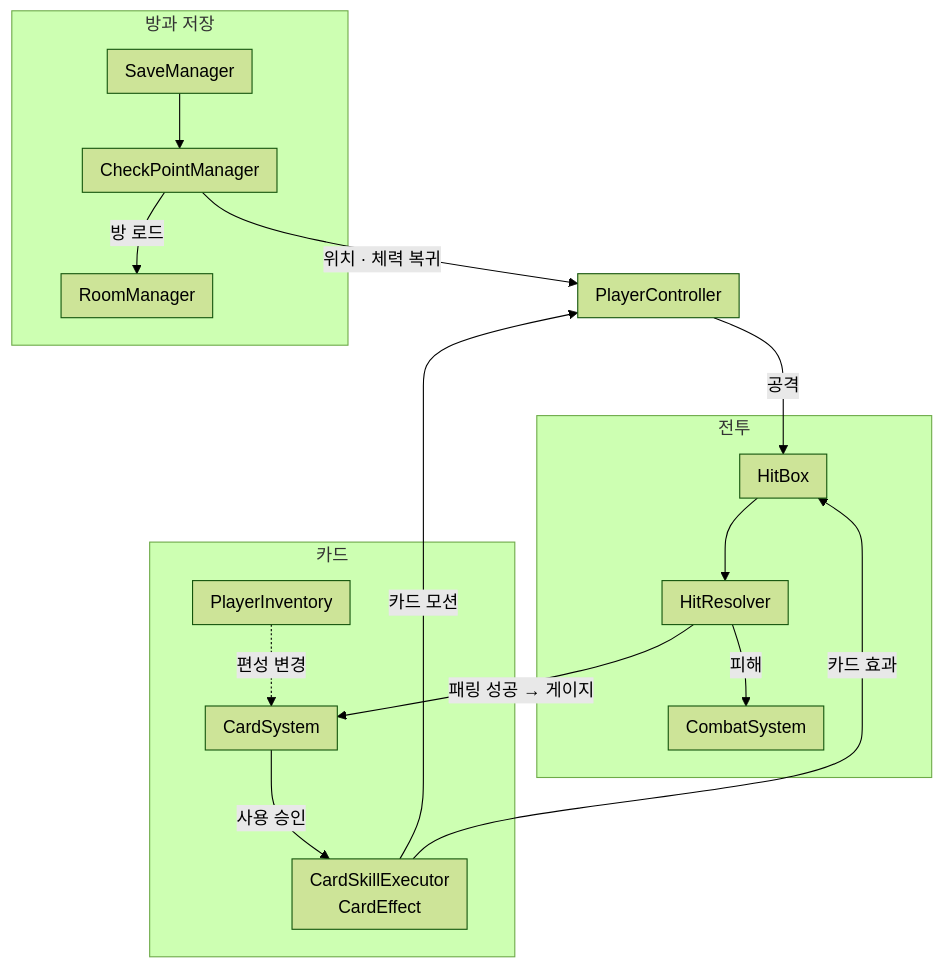
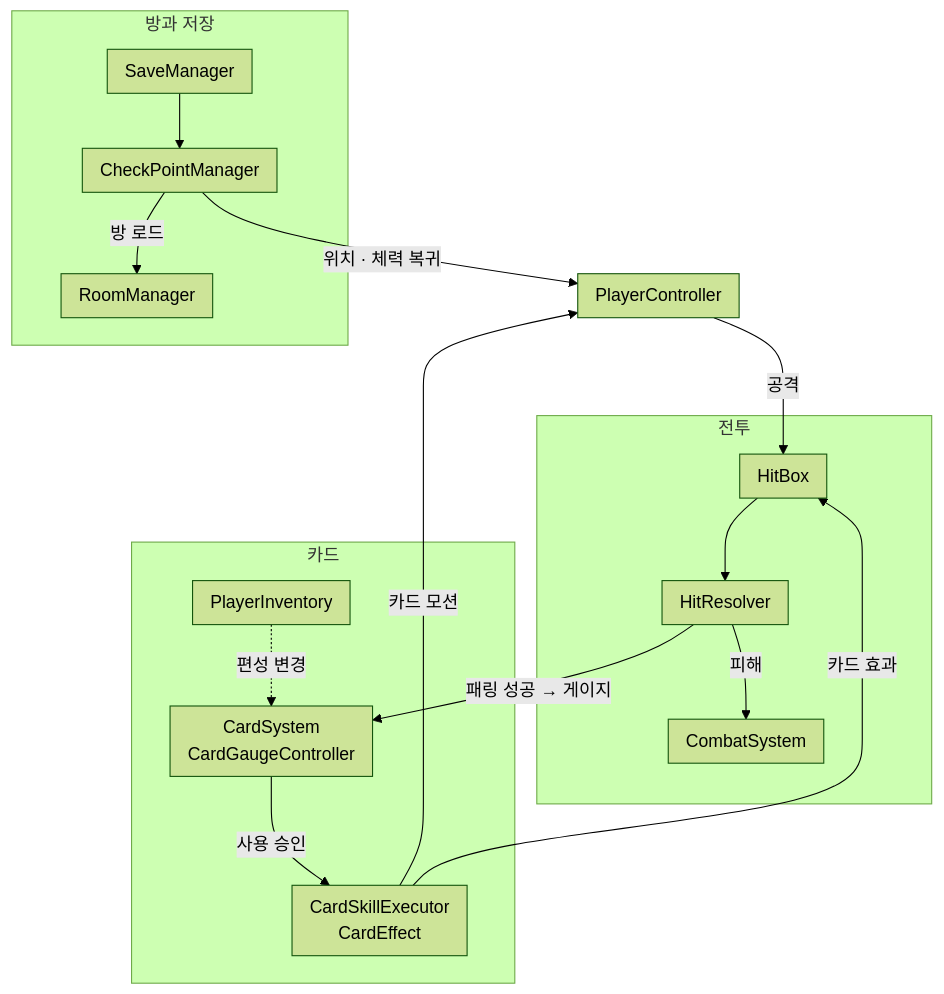
The second of 10 diagrams in src/3-Arcanist/TechDoc_Arcanist.md (keeeery/portfolio), drawn with Mermaid (forest theme) before and after one commit. The commit also changed other lines of this file and 12 other files, not shown here.

````diff
--- a/src/3-Arcanist/TechDoc_Arcanist.md
+++ b/src/3-Arcanist/TechDoc_Arcanist.md
@@ -99,22 +99,22 @@
 ```mermaid
 %%{init: {"flowchart": {"padding": 8, "subGraphTitleMargin": {"top": 0, "bottom": 10}}}}%%
 flowchart TB
     subgraph RoomG["방과 저장"]
         Save["SaveManager"] --> Check["CheckPointManager"]
         Check -->|방 로드| Room["RoomManager"]
     end
     Check -->|위치 · 체력 복귀| Player["PlayerController"]
     subgraph CombatG["전투"]
         Hit["HitBox"] --> Resolver["HitResolver"]
         Resolver -->|피해| Combat["CombatSystem"]
     end
     subgraph CardG["카드"]
-        Card["CardSystem"] -->|사용 승인| Exec["CardSkillExecutor<br>CardEffect"]
+        Card["CardSystem<br>CardGaugeController"] -->|사용 승인| Exec["CardSkillExecutor<br>CardEffect"]
         Inv["PlayerInventory"] -.->|편성 변경| Card
     end
     Player -->|공격| Hit
     Exec -->|카드 모션| Player
     Exec -->|카드 효과| Hit
     Resolver -->|패링 성공 → 게이지| Card
 %% 격자: Combat - Inv | Resolver - Card | Hit - Exec | Player Player Player | Save Check Room
 ```
````
